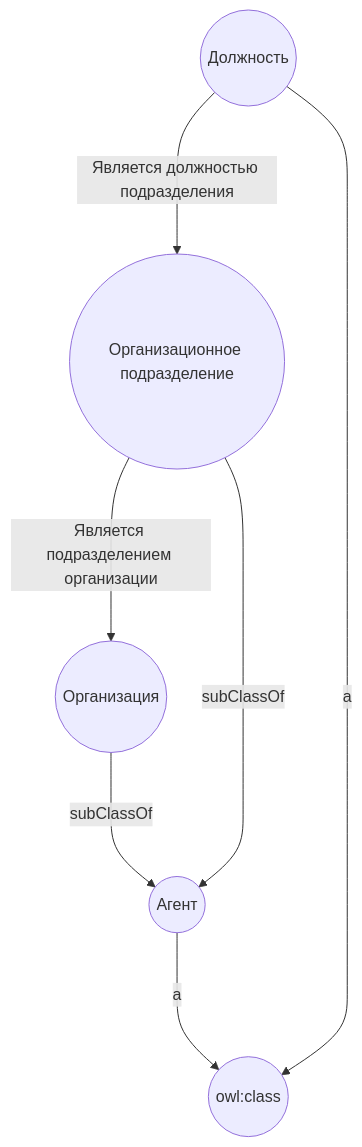
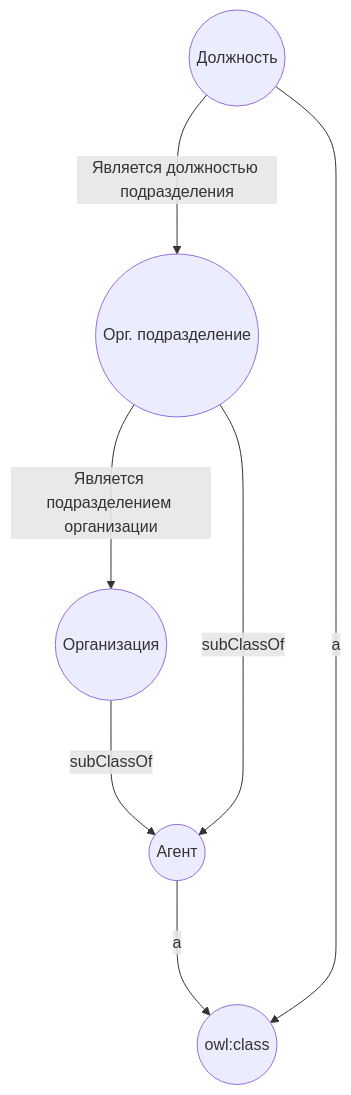
Before and after one commit to cnstntn-kndrtv/cnstntn-kndrtv.github.io: the diagram in _posts/2021-09-20-docker-fuseki.md, drawn with Mermaid.

Commit message:
style: :art:

````diff
--- a/_posts/2021-09-20-docker-fuseki.md
+++ b/_posts/2021-09-20-docker-fuseki.md
@@ -22,9 +22,9 @@
 ```mermaid
 graph
     agent((Агент)) --->|a| cls((owl:class))
     org((Организация)) --->|subClassOf| agent
-    ou((Организационное подразделение)) --->|subClassOf| agent
+    ou((Орг. подразделение)) --->|subClassOf| agent
     post((Должность)) --->|a| cls
     post --->|Является должностью подразделения| ou
     ou --->|Является подразделением организации| org
 ```
````
